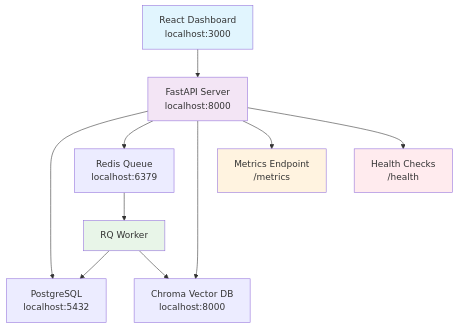
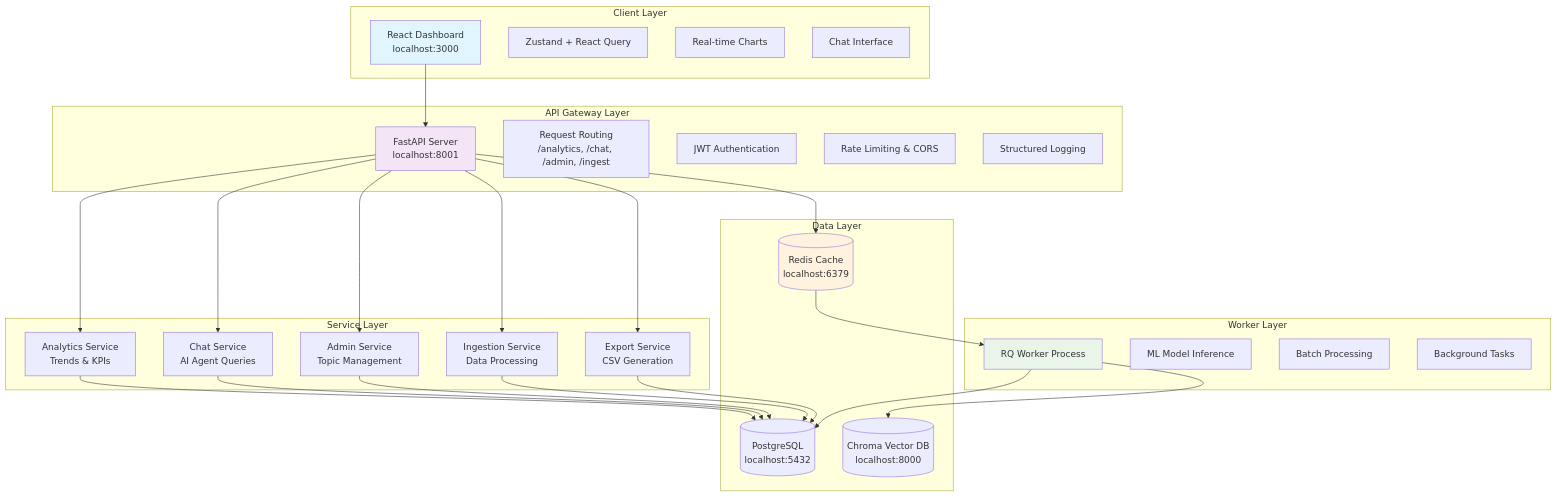
Before and after one commit to Sailokeshg/feedback-analysis-agent: the diagram in README.md, drawn with Mermaid. The commit also changed other lines of this file and 12 other files, not shown here.

First line of the commit message:
Update API endpoints and enhance documentation for chat and admin features

````diff
--- a/README.md
+++ b/README.md
@@ -51,20 +53,61 @@
 ```mermaid
 graph TB
-    A[React Dashboard<br/>localhost:3000] --> B[FastAPI Server<br/>localhost:8000]
-    B --> C[PostgreSQL<br/>localhost:5432]
-    B --> D[Redis Queue<br/>localhost:6379]
-    B --> E[Chroma Vector DB<br/>localhost:8000]
+    subgraph "Client Layer"
+        A[React Dashboard<br/>localhost:3000]
+        A1[Zustand + React Query]
+        A2[Real-time Charts]
+        A3[Chat Interface]
+    end
 
-    D --> F[RQ Worker]
-    F --> C
-    F --> E
+    subgraph "API Gateway Layer"
+        B[FastAPI Server<br/>localhost:8001]
+        B1[Request Routing<br/>/analytics, /chat, /admin, /ingest]
+        B2[JWT Authentication]
+        B3[Rate Limiting & CORS]
+        B4[Structured Logging]
+    end
 
-    B --> G[Metrics Endpoint<br/>/metrics]
-    B --> H[Health Checks<br/>/health]
+    subgraph "Service Layer"
+        C[Analytics Service<br/>Trends & KPIs]
+        D[Chat Service<br/>AI Agent Queries]
+        E[Admin Service<br/>Topic Management]
+        F[Ingestion Service<br/>Data Processing]
+        G[Export Service<br/>CSV Generation]
+    end
+
+    subgraph "Data Layer"
+        H[(PostgreSQL<br/>localhost:5432)]
+        I[(Redis Cache<br/>localhost:6379)]
+        J[(Chroma Vector DB<br/>localhost:8000)]
+    end
+
+    subgraph "Worker Layer"
+        K[RQ Worker Process]
+        K1[ML Model Inference]
+        K2[Batch Processing]
+        K3[Background Tasks]
+    end
+
+    A --> B
+    B --> C
+    B --> D
+    B --> E
+    B --> F
+    B --> G
+
+    C --> H
+    D --> H
+    E --> H
+    F --> H
+    G --> H
+
+    B --> I
+    I --> K
+    K --> H
+    K --> J
 
     style A fill:#e1f5fe
     style B fill:#f3e5f5
-    style F fill:#e8f5e8
-    style G fill:#fff3e0
-    style H fill:#ffebee
+    style K fill:#e8f5e8
+    style I fill:#fff3e0
 ```
````
